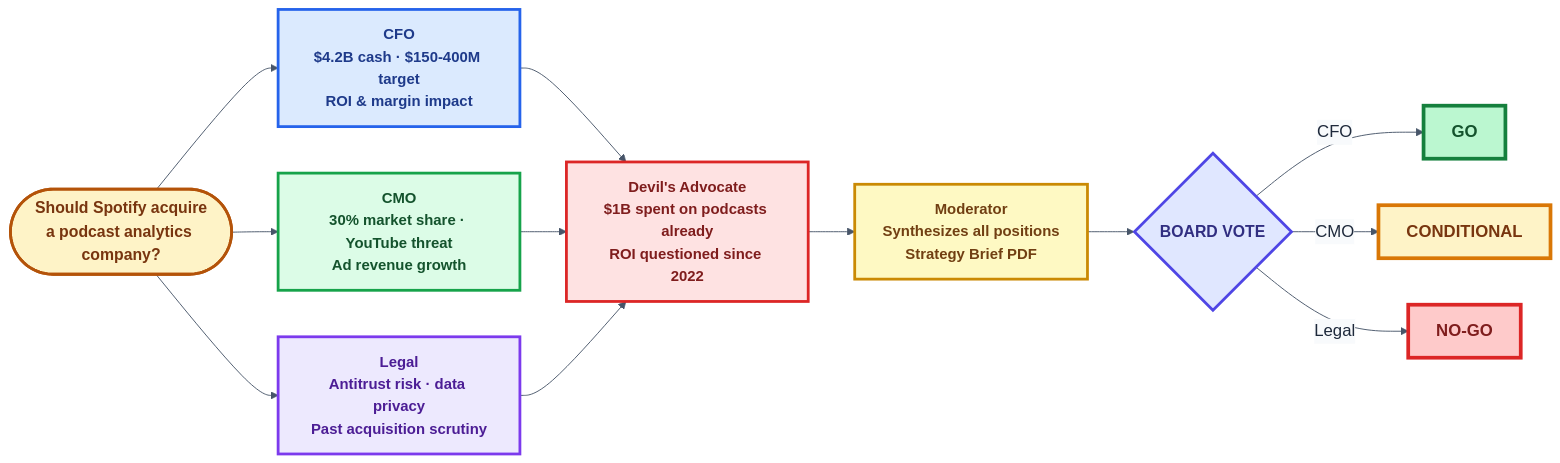
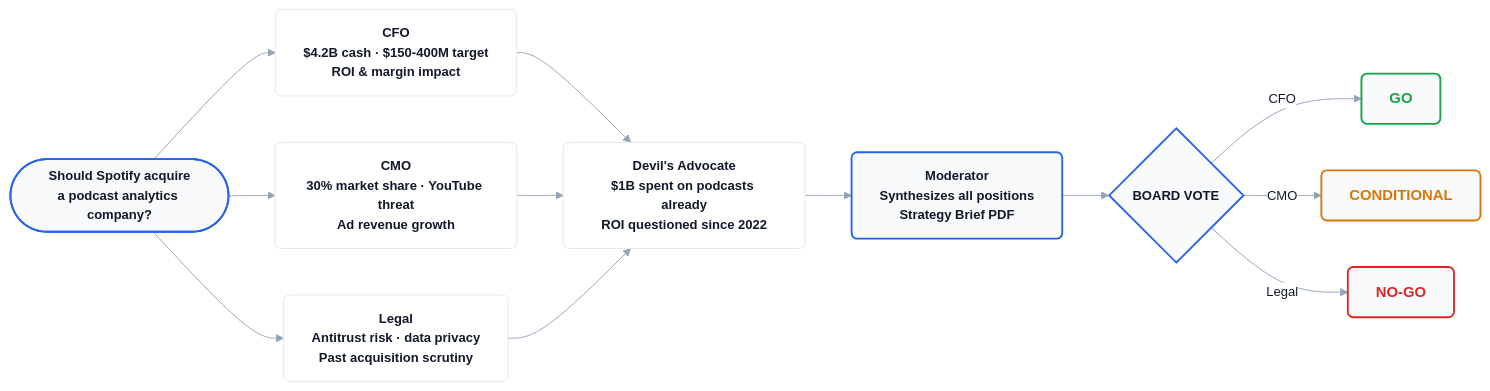
Before and after one commit to Antarathapliyal31/ShadowBoard: the second of 4 diagrams in README.md, drawn with Mermaid. The commit also changed other lines of this file, not shown here.

````diff
--- a/README.md
+++ b/README.md
@@ -166,31 +149,26 @@
 ```mermaid
-%%{init: {'theme': 'base', 'themeVariables': { 'fontSize': '18px', 'fontFamily': 'Segoe UI, Arial', 'primaryTextColor': '#1e293b', 'lineColor': '#475569', 'edgeLabelBackground': '#f8fafc' }}}%%
+%%{init: {'theme': 'base', 'themeVariables': { 'fontSize': '14px', 'fontFamily': 'Inter, system-ui, sans-serif', 'primaryTextColor': '#111827', 'lineColor': '#94a3b8', 'edgeLabelBackground': '#ffffff' }}}%%
 flowchart LR
-    Q(["Should Spotify acquire\na podcast analytics company?"]):::qClass
+    Q(["Should Spotify acquire\na podcast analytics company?"]):::accent
 
-    Q --> CFO["CFO\n$4.2B cash · $150-400M target\nROI & margin impact"]:::cfoClass
-    Q --> CMO["CMO\n30% market share · YouTube threat\nAd revenue growth"]:::cmoClass
-    Q --> LEG["Legal\nAntitrust risk · data privacy\nPast acquisition scrutiny"]:::legClass
+    Q --> CFO["CFO\n$4.2B cash · $150-400M target\nROI & margin impact"]:::node
+    Q --> CMO["CMO\n30% market share · YouTube threat\nAd revenue growth"]:::node
+    Q --> LEG["Legal\nAntitrust risk · data privacy\nPast acquisition scrutiny"]:::node
 
-    CFO --> DA["Devil's Advocate\n$1B spent on podcasts already\nROI questioned since 2022"]:::daClass
+    CFO --> DA["Devil's Advocate\n$1B spent on podcasts already\nROI questioned since 2022"]:::node
     CMO --> DA
     LEG --> DA
 
-    DA --> MOD["Moderator\nSynthesizes all positions\nStrategy Brief PDF"]:::modClass
+    DA --> MOD["Moderator\nSynthesizes all positions\nStrategy Brief PDF"]:::accent
 
-    MOD --> V{"BOARD VOTE"}:::voteClass
+    MOD --> V{"BOARD VOTE"}:::accent
     V -->|"CFO"| GO["GO"]:::goClass
     V -->|"CMO"| COND["CONDITIONAL"]:::condClass
     V -->|"Legal"| NOGO["NO-GO"]:::nogoClass
 
-    classDef qClass fill:#fef3c7,stroke:#b45309,color:#78350f,font-weight:bold,font-size:17px,stroke-width:3px
-    classDef cfoClass fill:#dbeafe,stroke:#2563eb,color:#1e3a8a,font-weight:bold,font-size:16px,stroke-width:3px
-    classDef cmoClass fill:#dcfce7,stroke:#16a34a,color:#14532d,font-weight:bold,font-size:16px,stroke-width:3px
-    classDef legClass fill:#ede9fe,stroke:#7c3aed,color:#4c1d95,font-weight:bold,font-size:16px,stroke-width:3px
-    classDef daClass fill:#fee2e2,stroke:#dc2626,color:#7f1d1d,font-weight:bold,font-size:16px,stroke-width:3px
-    classDef modClass fill:#fef9c3,stroke:#ca8a04,color:#713f12,font-weight:bold,font-size:16px,stroke-width:3px
-    classDef voteClass fill:#e0e7ff,stroke:#4f46e5,color:#312e81,font-weight:bold,font-size:17px,stroke-width:3px
-    classDef goClass fill:#bbf7d0,stroke:#15803d,color:#14532d,font-weight:bold,font-size:18px,stroke-width:4px
-    classDef condClass fill:#fef3c7,stroke:#d97706,color:#78350f,font-weight:bold,font-size:18px,stroke-width:4px
-    classDef nogoClass fill:#fecaca,stroke:#dc2626,color:#7f1d1d,font-weight:bold,font-size:18px,stroke-width:4px
+    classDef node fill:#ffffff,stroke:#e5e7eb,color:#111827,font-weight:bold,stroke-width:1px,rx:6,ry:6
+    classDef accent fill:#f8fafc,stroke:#2563eb,color:#111827,font-weight:bold,stroke-width:2px,rx:6,ry:6
+    classDef goClass fill:#f8fafc,stroke:#16a34a,color:#16a34a,font-weight:bold,font-size:16px,stroke-width:2px,rx:6,ry:6
+    classDef condClass fill:#f8fafc,stroke:#d97706,color:#d97706,font-weight:bold,font-size:16px,stroke-width:2px,rx:6,ry:6
+    classDef nogoClass fill:#f8fafc,stroke:#dc2626,color:#dc2626,font-weight:bold,font-size:16px,stroke-width:2px,rx:6,ry:6
 ```
````
